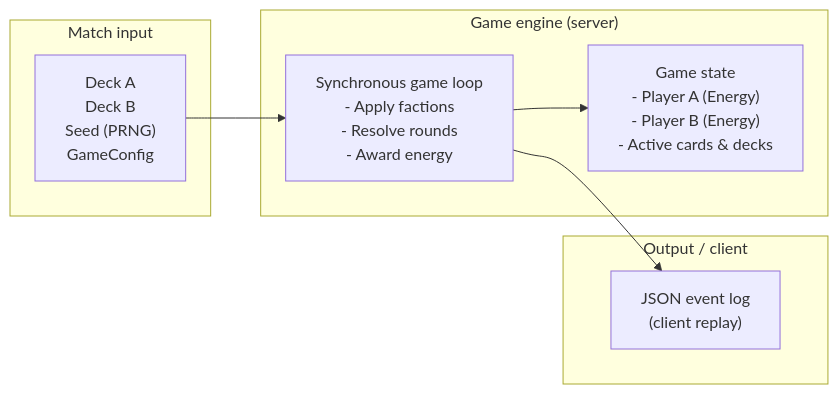
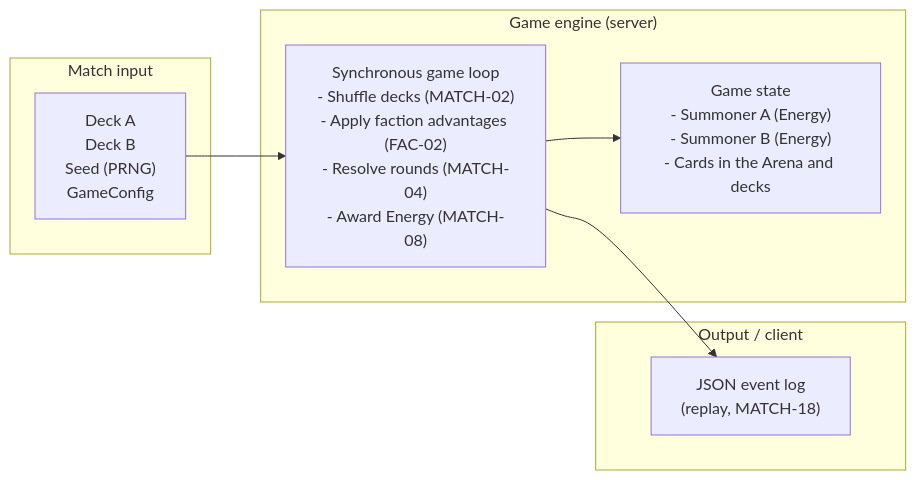
The first of 4 diagrams in docs/game-engine-schema.md (horizon-glitch-studio/gruppo-08-will-of-the-void-backend), drawn with Mermaid before and after one commit. The commit also changed other lines of this file, not shown here.

First line of the commit message:
docs: update game engine schema to updated rules

````diff
--- a/docs/game-engine-schema.md
+++ b/docs/game-engine-schema.md
@@ -5,15 +7,15 @@
 ```mermaid
 flowchart LR
     subgraph Input["Match input"]
         I["Deck A<br/>Deck B<br/>Seed (PRNG)<br/>GameConfig"]
     end
     subgraph Engine["Game engine (server)"]
-        E["Synchronous game loop<br/>- Apply factions<br/>- Resolve rounds<br/>- Award energy"]
-        S["Game state<br/>- Player A (Energy)<br/>- Player B (Energy)<br/>- Active cards & decks"]
+        E["Synchronous game loop<br/>- Shuffle decks (MATCH-02)<br/>- Apply faction advantages (FAC-02)<br/>- Resolve rounds (MATCH-04)<br/>- Award Energy (MATCH-08)"]
+        S["Game state<br/>- Summoner A (Energy)<br/>- Summoner B (Energy)<br/>- Cards in the Arena and decks"]
     end
     subgraph Output["Output / client"]
-        O["JSON event log<br/>(client replay)"]
+        O["JSON event log<br/>(replay, MATCH-18)"]
     end
     I --> E --> O
     E --> S
 ```
````
